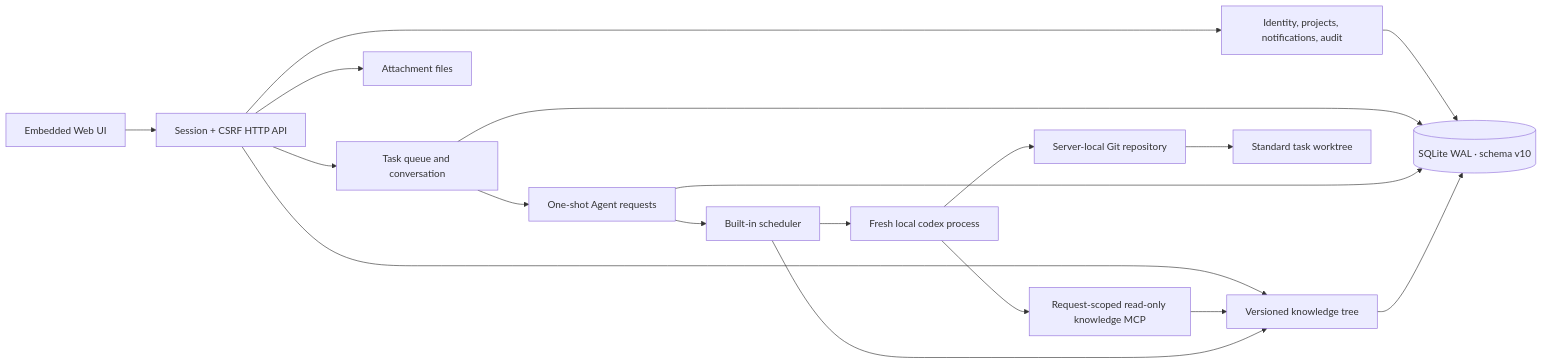
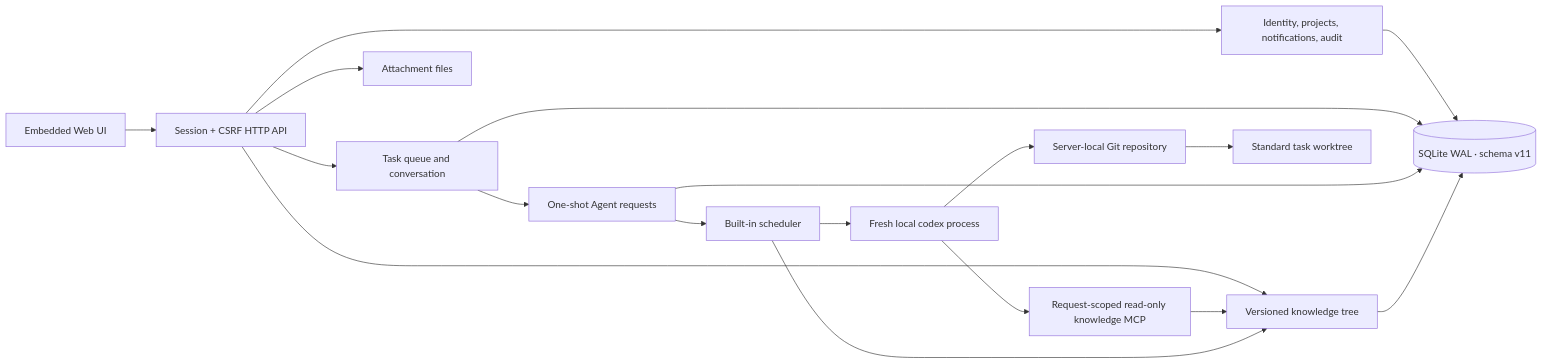
Before and after one commit to backinfile/ProjectBoard: the diagram in docs/ARCHITECTURE.md, drawn with Mermaid. The commit also changed other lines of this file and 7 other files, not shown here.

Commit message:
fix: migrate merged schema changes safely

````diff
--- a/docs/ARCHITECTURE.md
+++ b/docs/ARCHITECTURE.md
@@ -3,20 +3,20 @@
 ```mermaid
 flowchart LR
   H["Embedded Web UI"] --> A["Session + CSRF HTTP API"]
   A --> I["Identity, projects, notifications, audit"]
   A --> T["Task queue and conversation"]
   A --> K["Versioned knowledge tree"]
   T --> R["One-shot Agent requests"]
   R --> S["Built-in scheduler"]
   S --> C["Fresh local codex process"]
   C --> M["Request-scoped read-only knowledge MCP"]
   M --> K
   C --> G["Server-local Git repository"]
   G --> W["Standard task worktree"]
   S --> K
-  I --> D[("SQLite WAL · schema v10")]
+  I --> D[("SQLite WAL · schema v11")]
   T --> D
   R --> D
   K --> D
   A --> F["Attachment files"]
 ```
````
